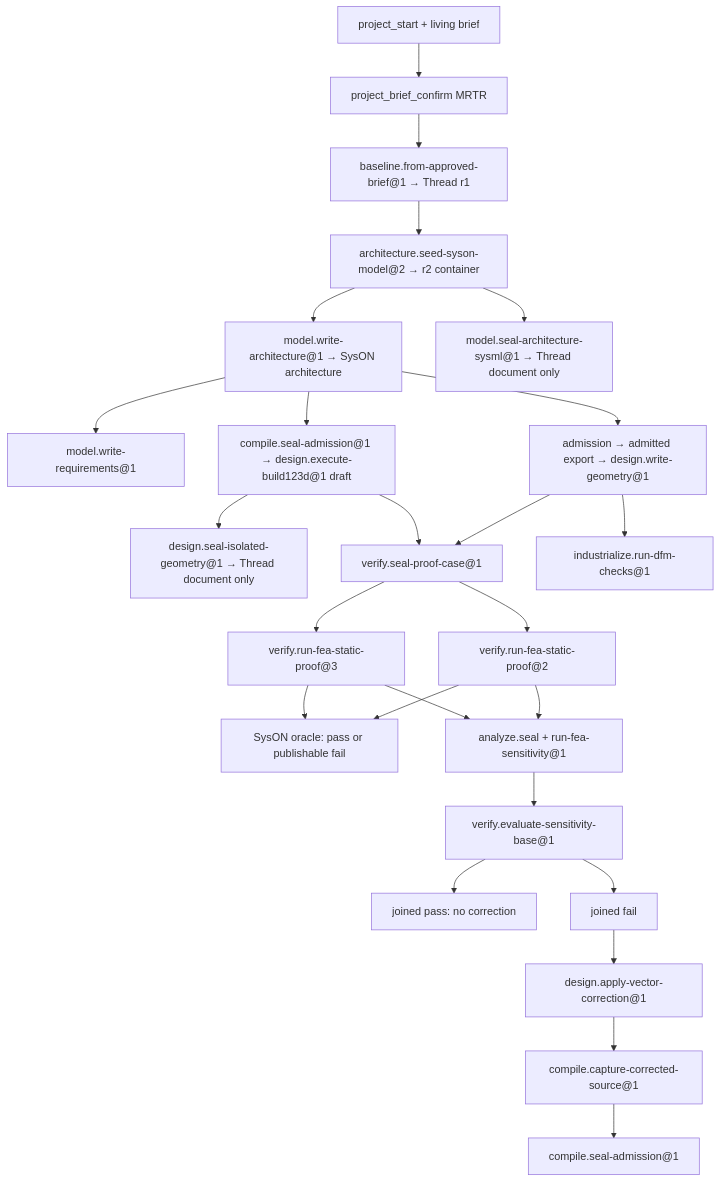
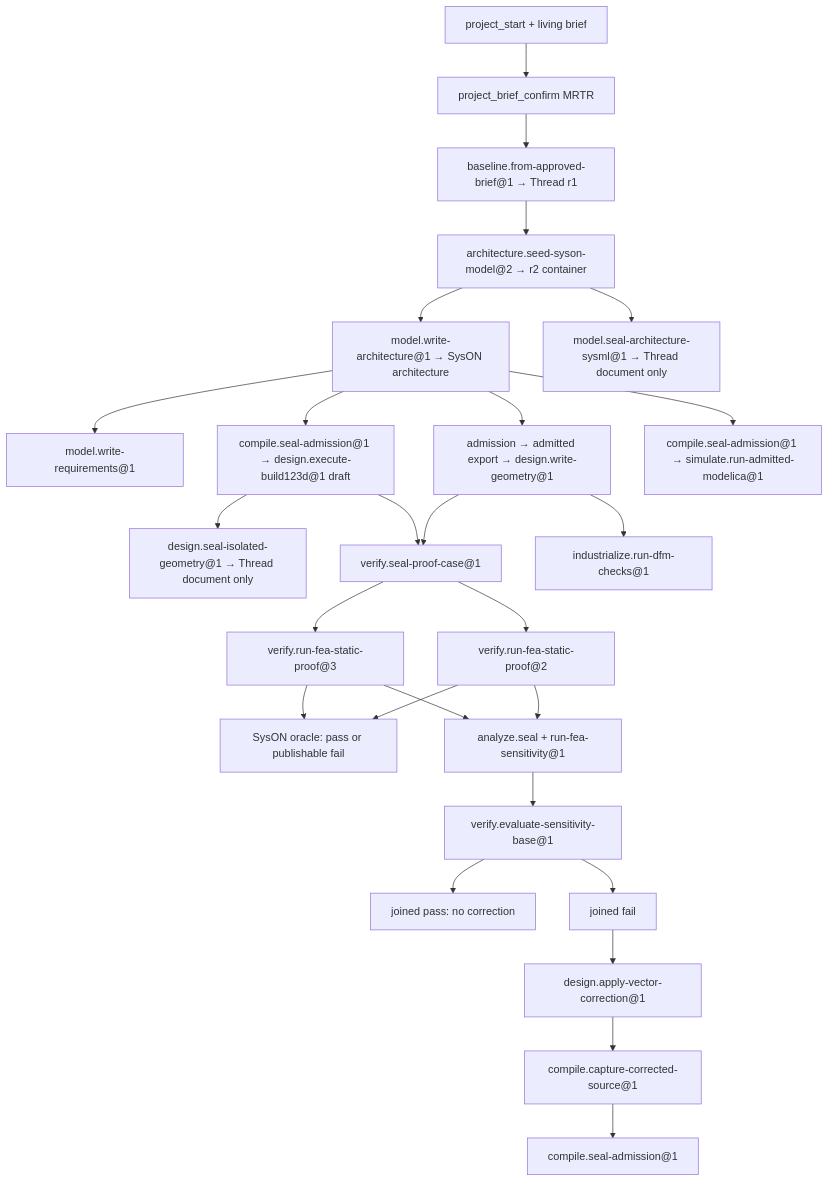
One commit to Casys-AI/casys-digital-thread changed the second of 2 diagrams in docs/reference/agent-workspace.md. Above: the diagram before and after it, drawn with Mermaid. The commit also changed other lines of this file and 46 other files, not shown here.

First line of the commit message:
feat: run admitted Modelica through the shared isolated-source microVM path

````diff
--- a/docs/reference/agent-workspace.md
+++ b/docs/reference/agent-workspace.md
@@ -421,27 +402,28 @@
 ```mermaid
 flowchart TD
   intent["project_start + living brief"] --> confirm["project_brief_confirm MRTR"]
   confirm --> r1["baseline.from-approved-brief@1 → Thread r1"]
   r1 --> seed["architecture.seed-syson-model@2 → r2 container"]
   seed --> arch["model.write-architecture@1 → SysON architecture"]
   seed --> sealSysml["model.seal-architecture-sysml@1 → Thread document only"]
   arch --> req["model.write-requirements@1"]
   arch --> geomA["admission → admitted export → design.write-geometry@1"]
   arch --> geomB["compile.seal-admission@1 → design.execute-build123d@1 draft"]
+  arch --> moAdmit["compile.seal-admission@1 → simulate.run-admitted-modelica@1"]
   geomB --> sealGeom["design.seal-isolated-geometry@1 → Thread document only"]
   geomA --> proof["verify.seal-proof-case@1"]
   geomB --> proof
   proof --> fea2["verify.run-fea-static-proof@2"]
   proof --> fea3["verify.run-fea-static-proof@3"]
   fea2 --> verdict["SysON oracle: pass or publishable fail"]
   fea3 --> verdict
   fea2 --> sens["analyze.seal + run-fea-sensitivity@1"]
   fea3 --> sens
   sens --> join["verify.evaluate-sensitivity-base@1"]
   join --> passNode["joined pass: no correction"]
   join --> failNode["joined fail"]
   failNode --> corr["design.apply-vector-correction@1"]
   corr --> zsrc["compile.capture-corrected-source@1"]
   zsrc --> reseal["compile.seal-admission@1"]
   geomA --> dfm["industrialize.run-dfm-checks@1"]
 ```
````
